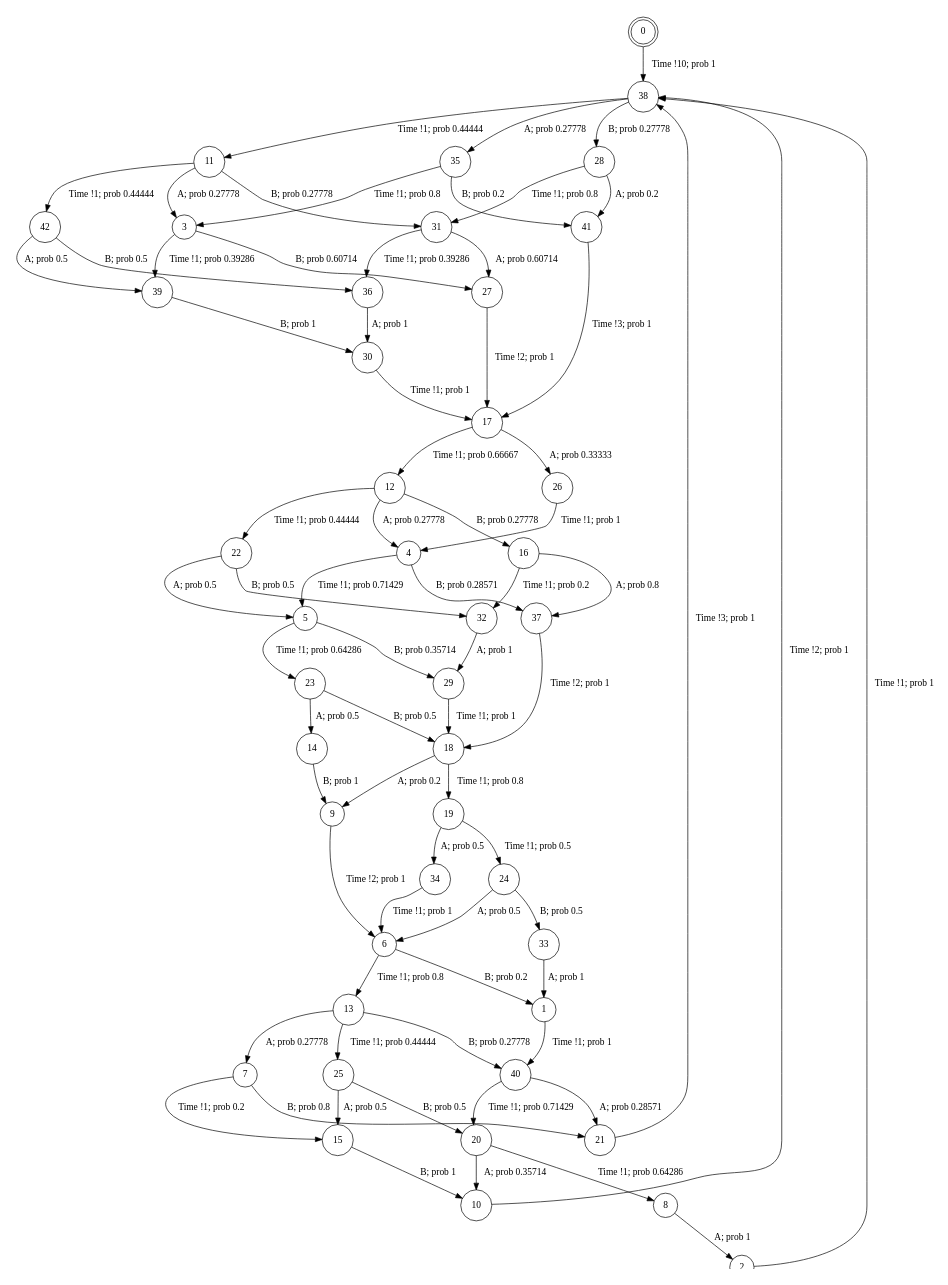
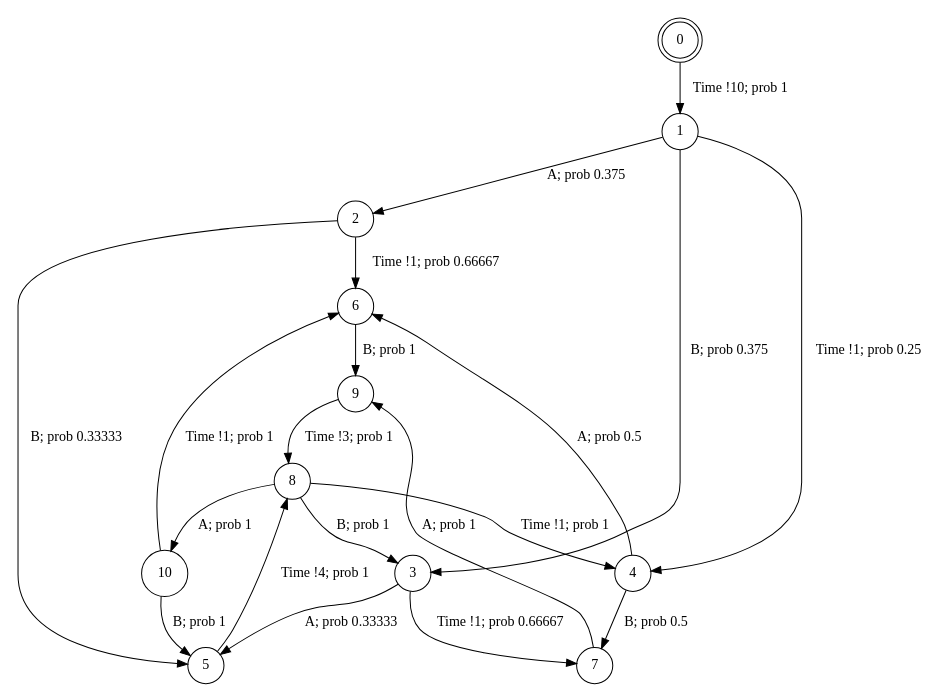
Before and after one commit to irmanfaqrizal/ptsv: the diagram in experiments/example/simple-min-pts.dot, drawn with Graphviz. The commit also changed 142 other files, not shown here.

```diff
--- a/experiments/example/simple-min-pts.dot
+++ b/experiments/example/simple-min-pts.dot
@@ -1,76 +1,25 @@
 digraph BCG {
 size = "7, 10.5";
 center = TRUE;
 node [shape = circle];
 0 [peripheries = 2];
-0 -> 38 [label = "Time !10; prob 1"];
-1 -> 40 [label = "Time !1; prob 1"];
-2 -> 38 [label = "Time !1; prob 1"];
-3 -> 39 [label = "Time !1; prob 0.39286"];
-3 -> 27 [label = "B; prob 0.60714"];
-4 -> 5 [label = "Time !1; prob 0.71429"];
-4 -> 37 [label = "B; prob 0.28571"];
-5 -> 23 [label = "Time !1; prob 0.64286"];
-5 -> 29 [label = "B; prob 0.35714"];
-6 -> 13 [label = "Time !1; prob 0.8"];
-6 -> 1 [label = "B; prob 0.2"];
-7 -> 15 [label = "Time !1; prob 0.2"];
-7 -> 21 [label = "B; prob 0.8"];
-8 -> 2 [label = "A; prob 1"];
-9 -> 6 [label = "Time !2; prob 1"];
-10 -> 38 [label = "Time !2; prob 1"];
-11 -> 31 [label = "B; prob 0.27778"];
-11 -> 42 [label = "Time !1; prob 0.44444"];
-11 -> 3 [label = "A; prob 0.27778"];
-12 -> 4 [label = "A; prob 0.27778"];
-12 -> 16 [label = "B; prob 0.27778"];
-12 -> 22 [label = "Time !1; prob 0.44444"];
-13 -> 7 [label = "A; prob 0.27778"];
-13 -> 25 [label = "Time !1; prob 0.44444"];
-13 -> 40 [label = "B; prob 0.27778"];
-14 -> 9 [label = "B; prob 1"];
-15 -> 10 [label = "B; prob 1"];
-16 -> 32 [label = "Time !1; prob 0.2"];
-16 -> 37 [label = "A; prob 0.8"];
-17 -> 26 [label = "A; prob 0.33333"];
-17 -> 12 [label = "Time !1; prob 0.66667"];
-18 -> 9 [label = "A; prob 0.2"];
-18 -> 19 [label = "Time !1; prob 0.8"];
-19 -> 34 [label = "A; prob 0.5"];
-19 -> 24 [label = "Time !1; prob 0.5"];
-20 -> 8 [label = "Time !1; prob 0.64286"];
-20 -> 10 [label = "A; prob 0.35714"];
-21 -> 38 [label = "Time !3; prob 1"];
-22 -> 5 [label = "A; prob 0.5"];
-22 -> 32 [label = "B; prob 0.5"];
-23 -> 14 [label = "A; prob 0.5"];
-23 -> 18 [label = "B; prob 0.5"];
-24 -> 6 [label = "A; prob 0.5"];
-24 -> 33 [label = "B; prob 0.5"];
-25 -> 15 [label = "A; prob 0.5"];
-25 -> 20 [label = "B; prob 0.5"];
-26 -> 4 [label = "Time !1; prob 1"];
-27 -> 17 [label = "Time !2; prob 1"];
-28 -> 31 [label = "Time !1; prob 0.8"];
-28 -> 41 [label = "A; prob 0.2"];
-29 -> 18 [label = "Time !1; prob 1"];
-30 -> 17 [label = "Time !1; prob 1"];
-31 -> 27 [label = "A; prob 0.60714"];
-31 -> 36 [label = "Time !1; prob 0.39286"];
-32 -> 29 [label = "A; prob 1"];
-33 -> 1 [label = "A; prob 1"];
-34 -> 6 [label = "Time !1; prob 1"];
-35 -> 41 [label = "B; prob 0.2"];
-35 -> 3 [label = "Time !1; prob 0.8"];
-36 -> 30 [label = "A; prob 1"];
-37 -> 18 [label = "Time !2; prob 1"];
-38 -> 35 [label = "A; prob 0.27778"];
-38 -> 28 [label = "B; prob 0.27778"];
-38 -> 11 [label = "Time !1; prob 0.44444"];
-39 -> 30 [label = "B; prob 1"];
-40 -> 21 [label = "A; prob 0.28571"];
-40 -> 20 [label = "Time !1; prob 0.71429"];
-41 -> 17 [label = "Time !3; prob 1"];
-42 -> 36 [label = "B; prob 0.5"];
-42 -> 39 [label = "A; prob 0.5"];
+0 -> 1 [label = "Time !10; prob 1"];
+1 -> 2 [label = "A; prob 0.375"];
+1 -> 3 [label = "B; prob 0.375"];
+1 -> 4 [label = "Time !1; prob 0.25"];
+2 -> 6 [label = "Time !1; prob 0.66667"];
+2 -> 5 [label = "B; prob 0.33333"];
+3 -> 7 [label = "Time !1; prob 0.66667"];
+3 -> 5 [label = "A; prob 0.33333"];
+4 -> 7 [label = "B; prob 0.5"];
+4 -> 6 [label = "A; prob 0.5"];
+5 -> 8 [label = "Time !4; prob 1"];
+6 -> 9 [label = "B; prob 1"];
+7 -> 9 [label = "A; prob 1"];
+8 -> 4 [label = "Time !1; prob 1"];
+8 -> 10 [label = "A; prob 1"];
+8 -> 3 [label = "B; prob 1"];
+9 -> 8 [label = "Time !3; prob 1"];
+10 -> 6 [label = "Time !1; prob 1"];
+10 -> 5 [label = "B; prob 1"];
 }
```
